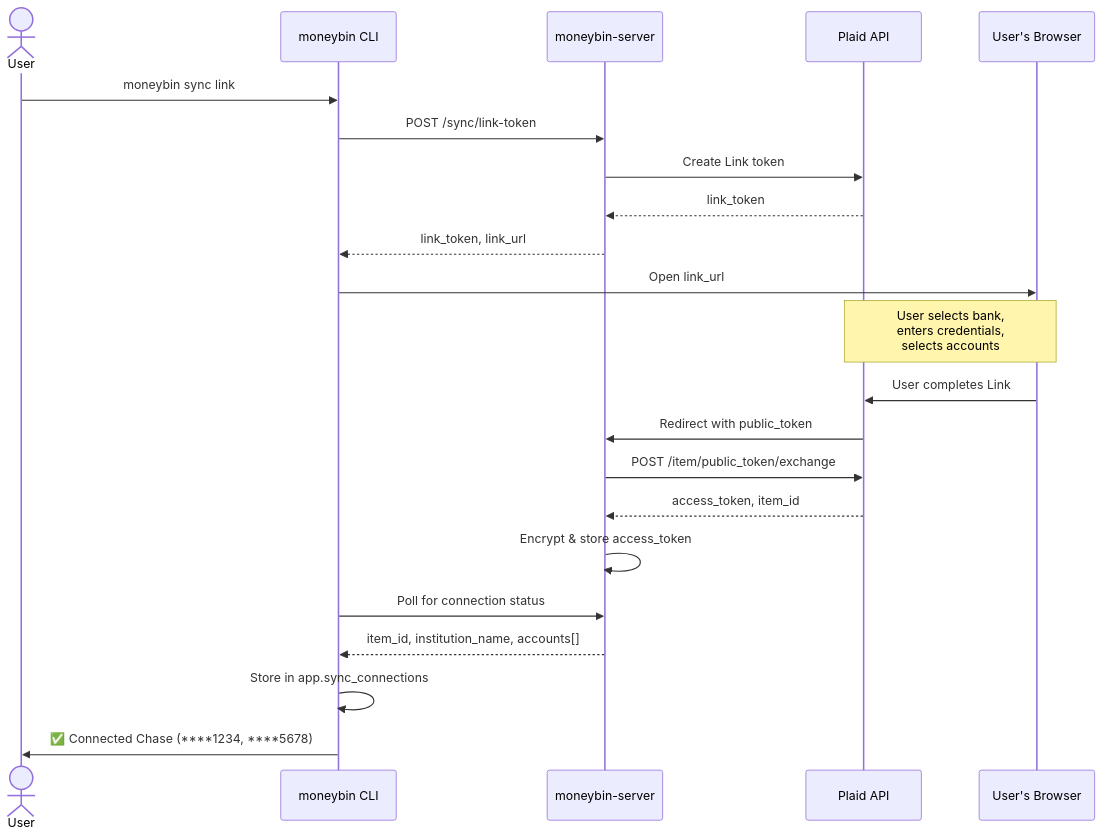
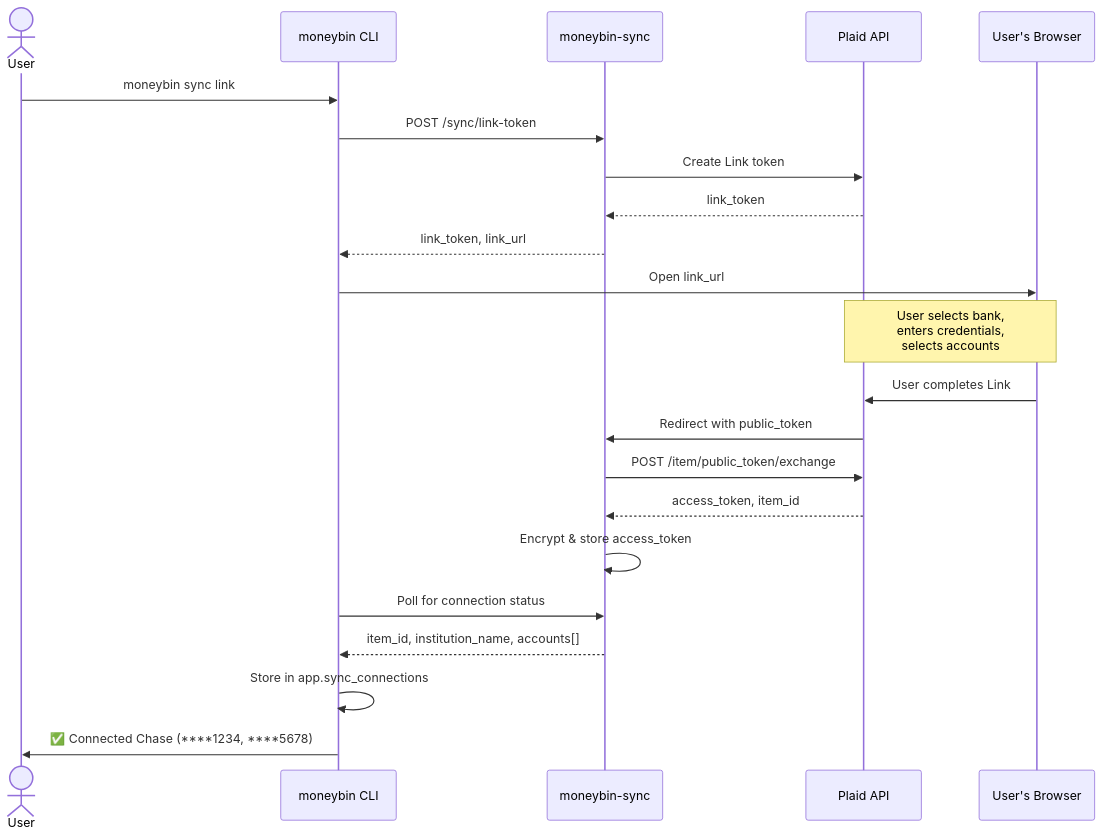
The diagram in docs/specs/sync-plaid.md (bsaffel/moneybin), drawn with Mermaid before and after one commit. The commit also changed other lines of this file and 34 other files, not shown here.

First line of the commit message:
Rename broker references from moneybin-server to moneybin-sync (#276)

````diff
--- a/docs/specs/sync-plaid.md
+++ b/docs/specs/sync-plaid.md
@@ -37,29 +37,29 @@
 ```mermaid
 sequenceDiagram
     actor User
     participant CLI as moneybin CLI
-    participant Server as moneybin-server
+    participant Server as moneybin-sync
     participant Plaid as Plaid API
     participant Browser as User's Browser
 
     User->>CLI: moneybin sync link
     CLI->>Server: POST /sync/link-token
     Server->>Plaid: Create Link token
     Plaid-->>Server: link_token
     Server-->>CLI: link_token, link_url
 
     CLI->>Browser: Open link_url
     Note over Browser,Plaid: User selects bank,<br/>enters credentials,<br/>selects accounts
 
     Browser->>Plaid: User completes Link
     Plaid->>Server: Redirect with public_token
     Server->>Plaid: POST /item/public_token/exchange
     Plaid-->>Server: access_token, item_id
     Server->>Server: Encrypt & store access_token
 
     CLI->>Server: Poll for connection status
     Server-->>CLI: item_id, institution_name, accounts[]
 
     CLI->>CLI: Store in app.sync_connections
     CLI->>User: ✅ Connected Chase (****1234, ****5678)
 ```
````
